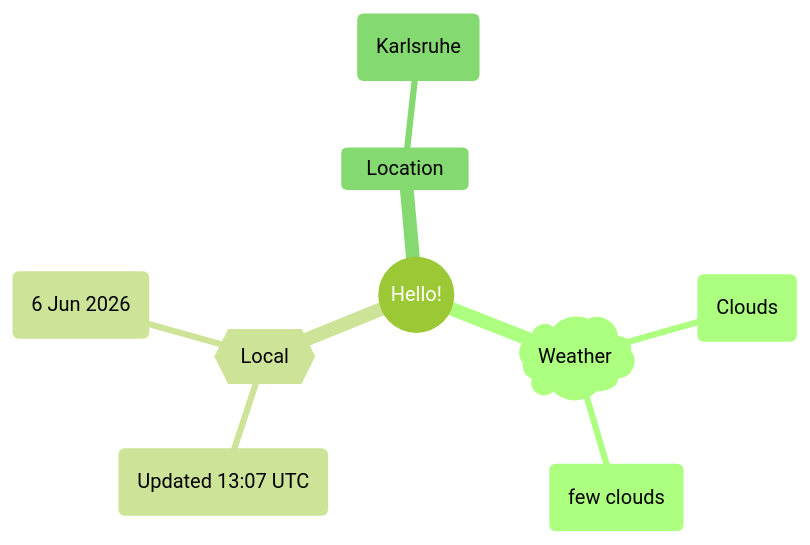
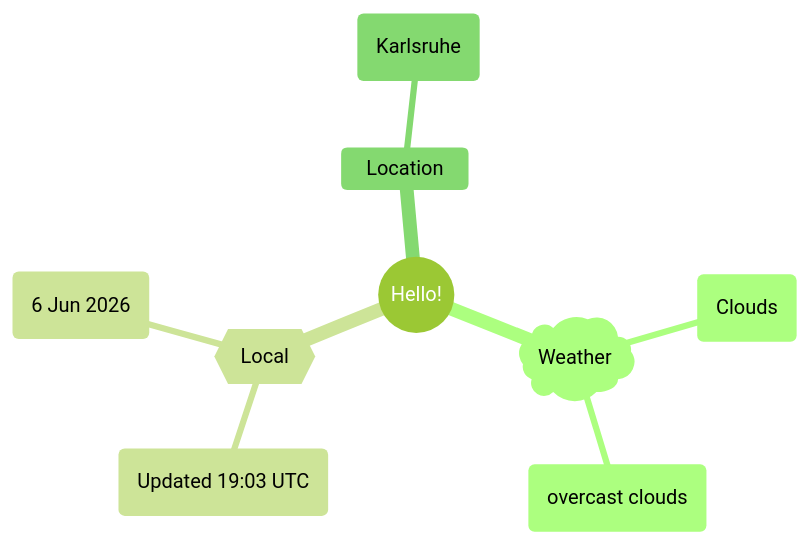
Before and after one commit to Xosrov/Xosrov: the first of 2 diagrams in README.md, drawn with Mermaid (forest theme).

Commit message:
[bot] updated images

````diff
--- a/README.md
+++ b/README.md
@@ -3,12 +3,12 @@
 ```mermaid
 mindmap
   root((Hello!))
     )Weather(
         (Clouds)
-        (few clouds)
+        (overcast clouds)
     {{Local}}
-        (Updated 13:07 UTC)
+        (Updated 19:03 UTC)
         (6 Jun 2026)
     Location
         (Karlsruhe)
 ```
````
